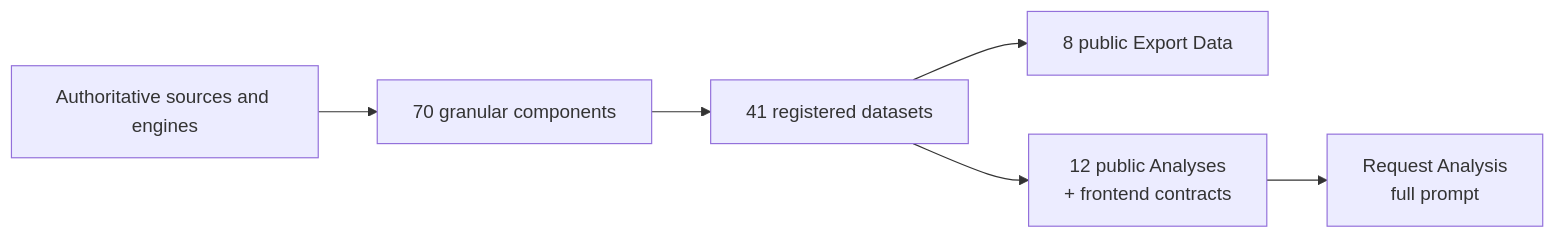
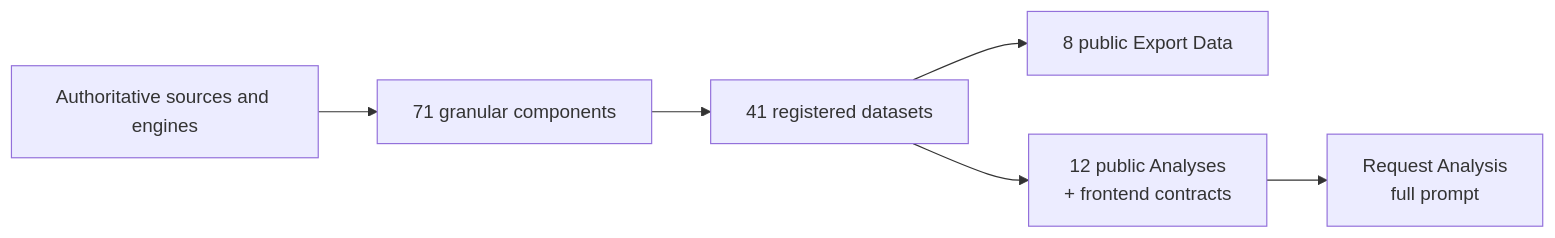
Before and after one commit to Librefolio/LibreFolio: the first of 2 diagrams in mkdocs_src/docs/developer/architecture/patterns/ai_export_snapshot.md, drawn with Mermaid. The commit also changed other lines of this file and 2 other files, not shown here.

````diff
--- a/mkdocs_src/docs/developer/architecture/patterns/ai_export_snapshot.md
+++ b/mkdocs_src/docs/developer/architecture/patterns/ai_export_snapshot.md
@@ -30,8 +30,8 @@
 ```mermaid
 flowchart LR
-    S["Authoritative sources and engines"] --> C["70 granular components"]
+    S["Authoritative sources and engines"] --> C["71 granular components"]
     C --> D["41 registered datasets"]
     D --> E["8 public Export Data"]
     D --> A["12 public Analyses<br/>+ frontend contracts"]
     A --> P["Request Analysis<br/>full prompt"]
 ```
````
